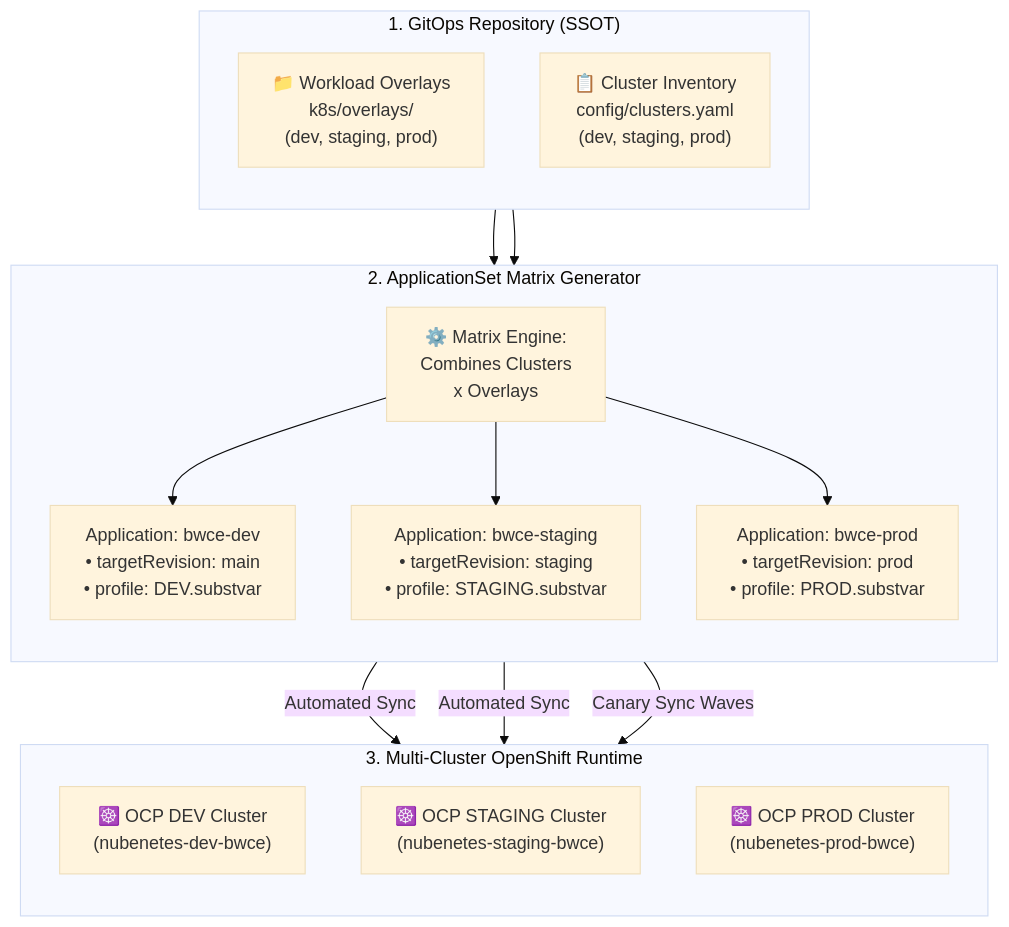
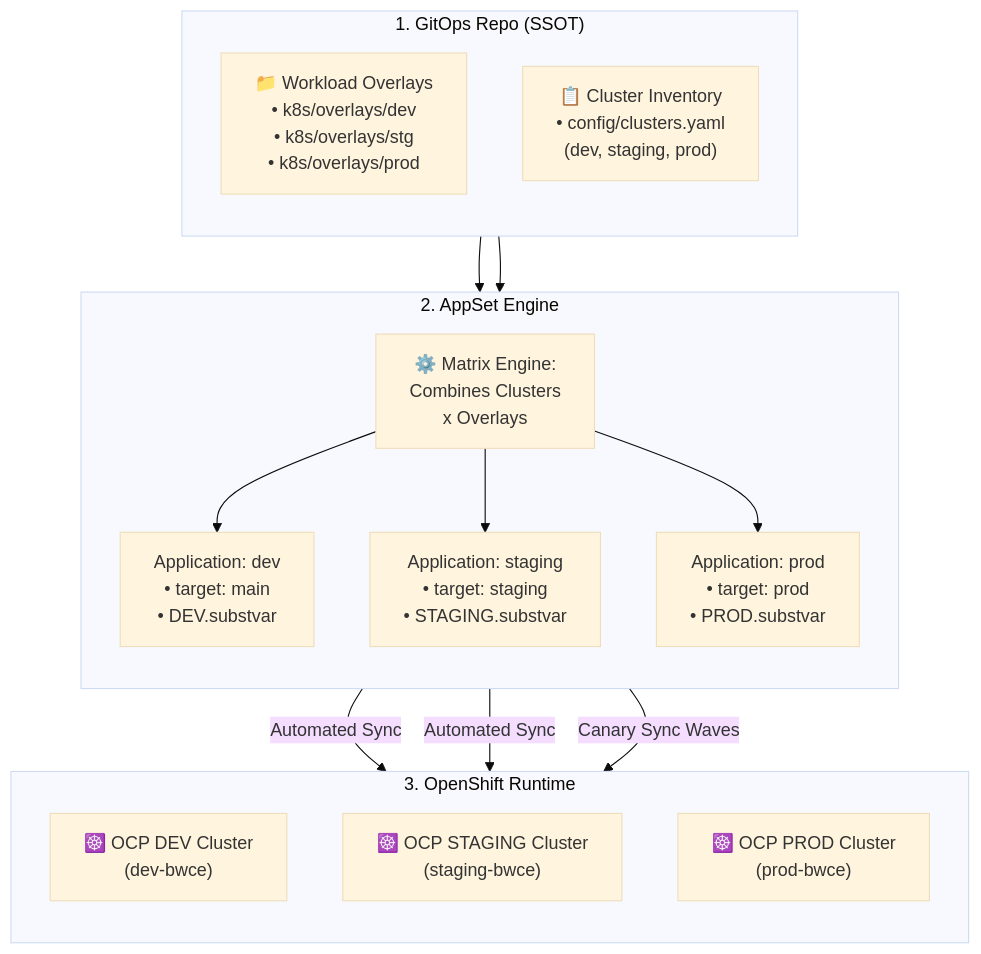
Before and after one commit to nubenetes/jenkins-without-git-parameter-bwce: diagram 12 of 15 in README.md, drawn with Mermaid (base theme). The commit also changed other lines of this file, not shown here.

Commit message:
fix(mermaid): enforce hard 20-char line limit on all diagram nodes to permanently prevent text clipping on GitHub

````diff
--- a/README.md
+++ b/README.md
@@ -765,29 +764,29 @@
 ```mermaid
 flowchart TB
-    subgraph GitOpsSource["1. GitOps Repository (SSOT)"]
+    subgraph GitOpsSource["1. GitOps Repo (SSOT)"]
         direction TB
-        Manifests["📁 Workload Overlays<br/>k8s/overlays/<br/>(dev, staging, prod)"]
-        ClusterList["📋 Cluster Inventory<br/>config/clusters.yaml<br/>(dev, staging, prod)"]
+        Manifests["📁 Workload Overlays<br/>• k8s/overlays/dev<br/>• k8s/overlays/stg<br/>• k8s/overlays/prod"]
+        ClusterList["📋 Cluster Inventory<br/>• config/clusters.yaml<br/>(dev, staging, prod)"]
     end
 
-    subgraph AppSetEngine["2. ApplicationSet Matrix Generator"]
+    subgraph AppSetEngine["2. AppSet Engine"]
         direction TB
         Matrix["⚙️ Matrix Engine:<br/>Combines Clusters<br/>x Overlays"]
-        AppDev["Application: bwce-dev<br/>• targetRevision: main<br/>• profile: DEV.substvar"]
-        AppStg["Application: bwce-staging<br/>• targetRevision: staging<br/>• profile: STAGING.substvar"]
-        AppPrd["Application: bwce-prod<br/>• targetRevision: prod<br/>• profile: PROD.substvar"]
+        AppDev["Application: dev<br/>• target: main<br/>• DEV.substvar"]
+        AppStg["Application: staging<br/>• target: staging<br/>• STAGING.substvar"]
+        AppPrd["Application: prod<br/>• target: prod<br/>• PROD.substvar"]
     end
 
-    subgraph TargetClusters["3. Multi-Cluster OpenShift Runtime"]
+    subgraph TargetClusters["3. OpenShift Runtime"]
         direction TB
-        OCPDev["☸️ OCP DEV Cluster<br/>(nubenetes-dev-bwce)"]
-        OCPStg["☸️ OCP STAGING Cluster<br/>(nubenetes-staging-bwce)"]
-        OCPPrd["☸️ OCP PROD Cluster<br/>(nubenetes-prod-bwce)"]
+        OCPDev["☸️ OCP DEV Cluster<br/>(dev-bwce)"]
+        OCPStg["☸️ OCP STAGING Cluster<br/>(staging-bwce)"]
+        OCPPrd["☸️ OCP PROD Cluster<br/>(prod-bwce)"]
     end
 
     Manifests --> Matrix
     ClusterList --> Matrix
     Matrix --> AppDev -->|"Automated Sync"| OCPDev
     Matrix --> AppStg -->|"Automated Sync"| OCPStg
     Matrix --> AppPrd -->|"Canary Sync Waves"| OCPPrd
 ```
````
